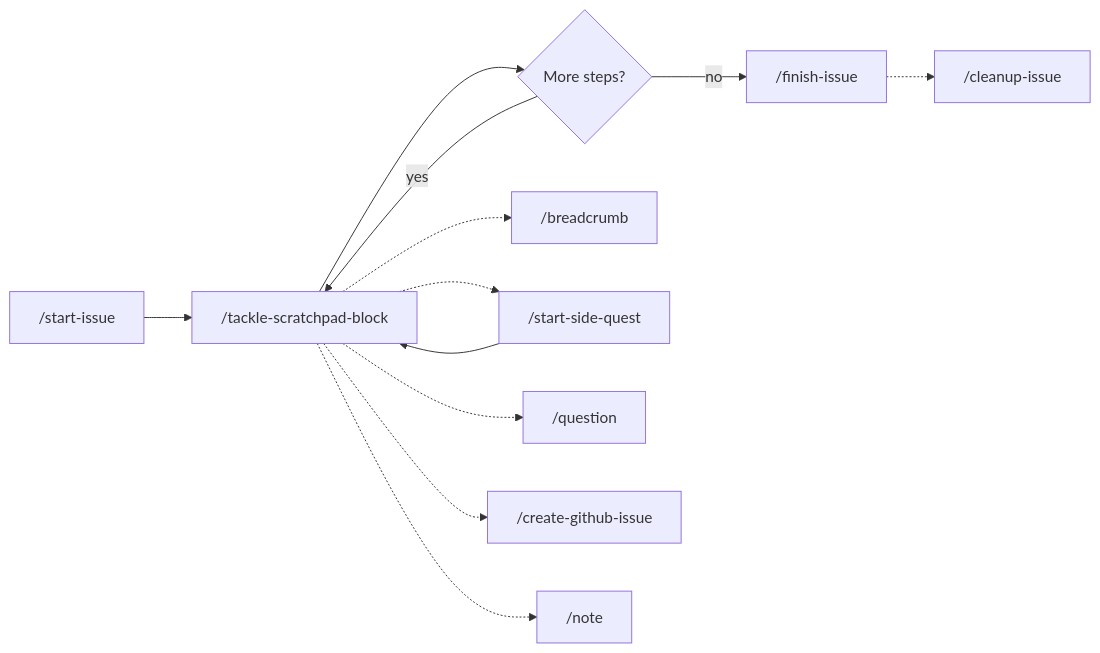
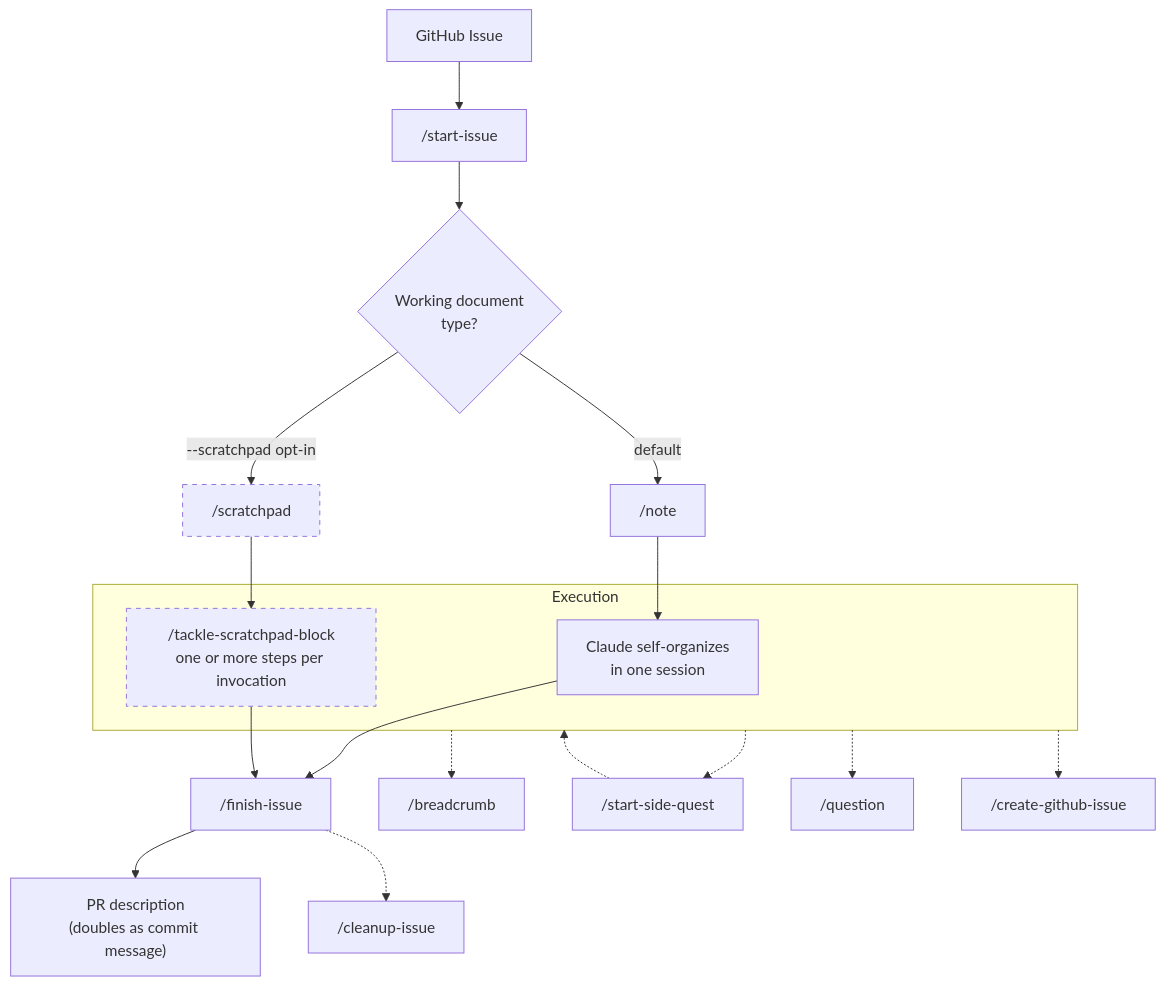
One commit to couimet/my-claude-skills changed the diagram in README.md. Above: the diagram before and after it, drawn with Mermaid. The commit also changed other lines of this file and 4 other files, not shown here.

First line of the commit message:
[issues/142] Update README for `/note` default; preserve `/scratchpad` demo (#143)

````diff
--- a/README.md
+++ b/README.md
@@ -133,14 +154,28 @@
 ```mermaid
-graph LR
-    A["/start-issue"] --> B["/tackle-scratchpad-block"]
-    B --> C{More steps?}
-    C -- yes --> B
-    C -- no --> D["/finish-issue"]
-    B -.-> E["/breadcrumb"]
-    B -.-> F["/start-side-quest"]
-    B -.-> G["/question"]
-    B -.-> I["/create-github-issue"]
-    B -.-> J["/note"]
-    F --> B
-    D -.-> H["/cleanup-issue"]
+flowchart TD
+    A[GitHub Issue] --> B["/start-issue"]
+    B --> C{"Working document<br/>type?"}
+    C -->|default| D["/note"]
+    C -->|"--scratchpad opt-in"| E["/scratchpad"]
+
+    subgraph EX ["Execution"]
+        F["Claude self-organizes<br/>in one session"]
+        G["/tackle-scratchpad-block<br/>one or more steps per invocation"]
+    end
+
+    D --> F
+    E --> G
+    F --> H["/finish-issue"]
+    G --> H
+    H --> I["PR description<br/>(doubles as commit message)"]
+    H -.-> J["/cleanup-issue"]
+
+    EX -.-> K["/breadcrumb"]
+    EX -.-> L["/start-side-quest"]
+    EX -.-> M["/question"]
+    EX -.-> N["/create-github-issue"]
+    L -.-> EX
+
+    classDef secondary stroke-dasharray:5 5
+    class E,G secondary
 ```
````
